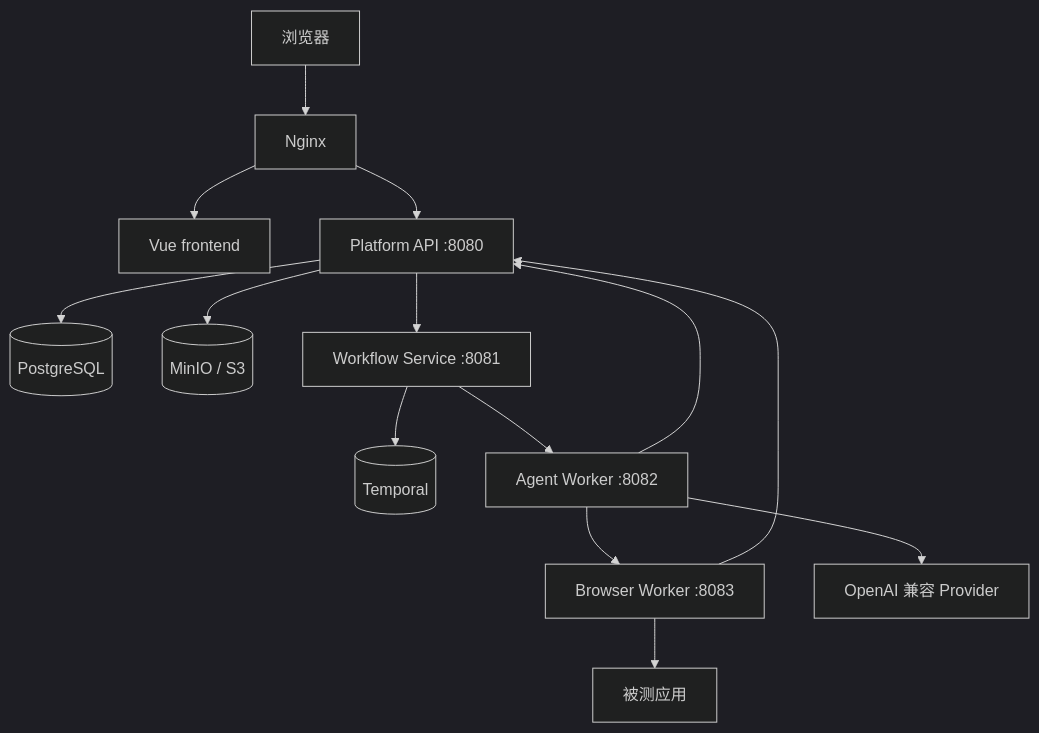
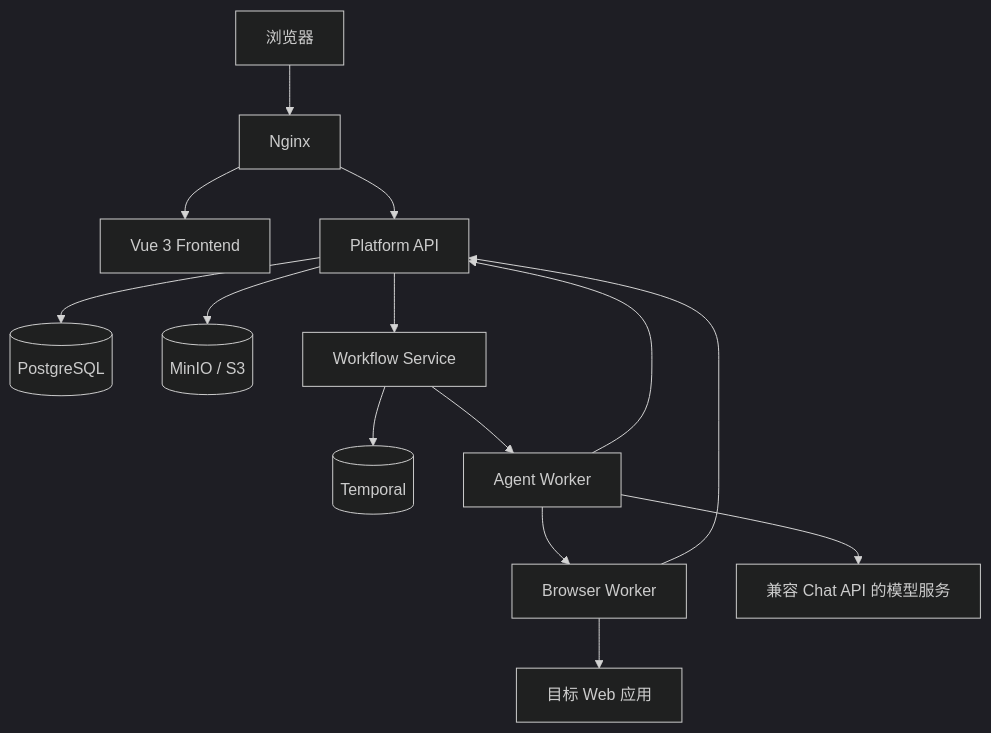
The second of 2 diagrams in README.md (Bricek4/btes-out), drawn with Mermaid (dark theme) before and after one commit. The commit also changed other lines of this file, not shown here.

Commit message:
docs: streamline the Agent Studio README

```diff
--- a/README.md
+++ b/README.md
@@ -69,18 +120,19 @@
 ~~~mermaid
 flowchart TB
     U[浏览器] --> N[Nginx]
-    N --> F[Vue frontend]
-    N --> P[Platform API :8080]
+    N --> F[Vue 3 Frontend]
+    N --> P[Platform API]
 
     P --> DB[(PostgreSQL)]
-    P --> OBJ[(MinIO / S3)]
-    P --> W[Workflow Service :8081]
+    P --> O[(MinIO / S3)]
+    P --> W[Workflow Service]
 
     W --> T[(Temporal)]
-    W --> A[Agent Worker :8082]
+    W --> A[Agent Worker]
     A --> P
-    A --> B[Browser Worker :8083]
+    A --> B[Browser Worker]
     B --> P
-    A --> LLM[OpenAI 兼容 Provider]
-    B --> APP[被测应用]
+
+    A --> L[兼容 Chat API 的模型服务]
+    B --> R[目标 Web 应用]
 ~~~
```
